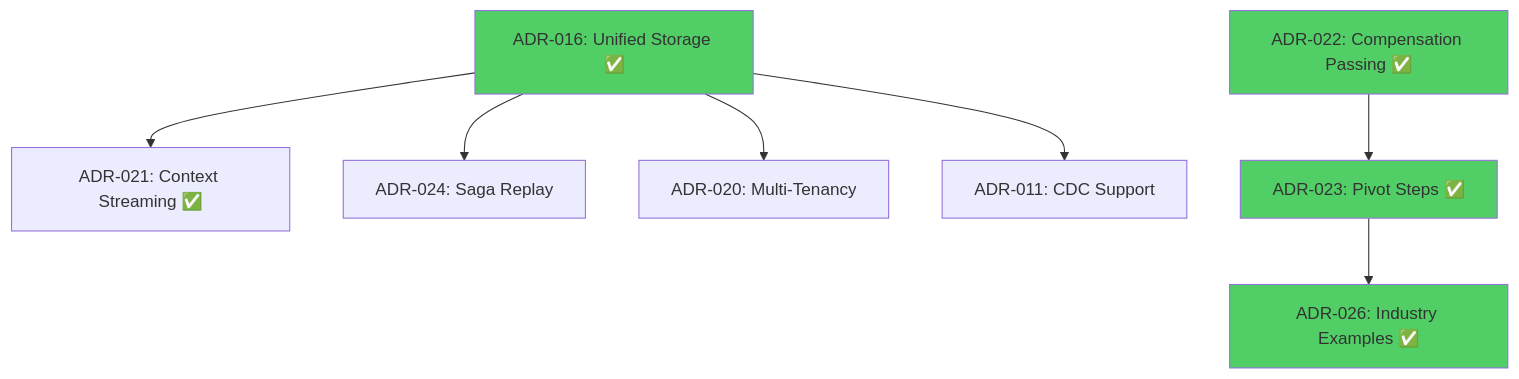
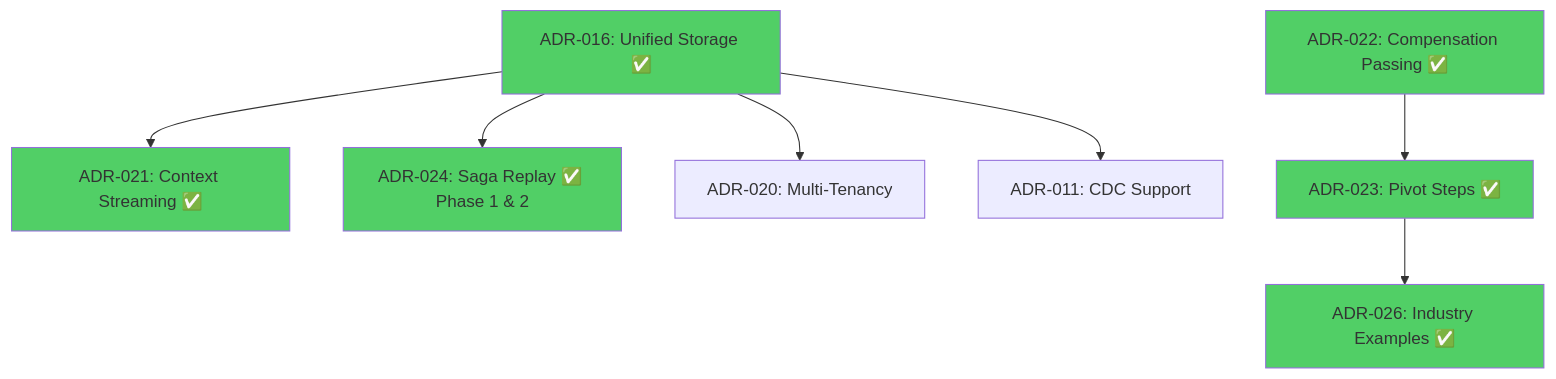
One commit to brunolnetto/sagaz changed the first of 2 diagrams in docs/architecture/adr-roadmap-dependencies.md. Above: the diagram before and after it, drawn with Mermaid. The commit also changed other lines of this file and 2 other files, not shown here.

First line of the commit message:
docs: Update ADR tracking files for completed features

````diff
--- a/docs/architecture/adr-roadmap-dependencies.md
+++ b/docs/architecture/adr-roadmap-dependencies.md
@@ -37,15 +37,17 @@
 ```mermaid
 graph TD
     ADR016[ADR-016: Unified Storage ✅] --> ADR021[ADR-021: Context Streaming ✅]
-    ADR016 --> ADR024[ADR-024: Saga Replay]
+    ADR016 --> ADR024[ADR-024: Saga Replay ✅ Phase 1 & 2]
     ADR016 --> ADR020[ADR-020: Multi-Tenancy]
     ADR016 --> ADR011[ADR-011: CDC Support]
     
     ADR022[ADR-022: Compensation Passing ✅] --> ADR023[ADR-023: Pivot Steps ✅]
     ADR023 --> ADR026[ADR-026: Industry Examples ✅]
     
     style ADR016 fill:#51cf66
     style ADR022 fill:#51cf66
     style ADR023 fill:#51cf66
     style ADR026 fill:#51cf66
+    style ADR021 fill:#51cf66
+    style ADR024 fill:#51cf66
 ```
````
